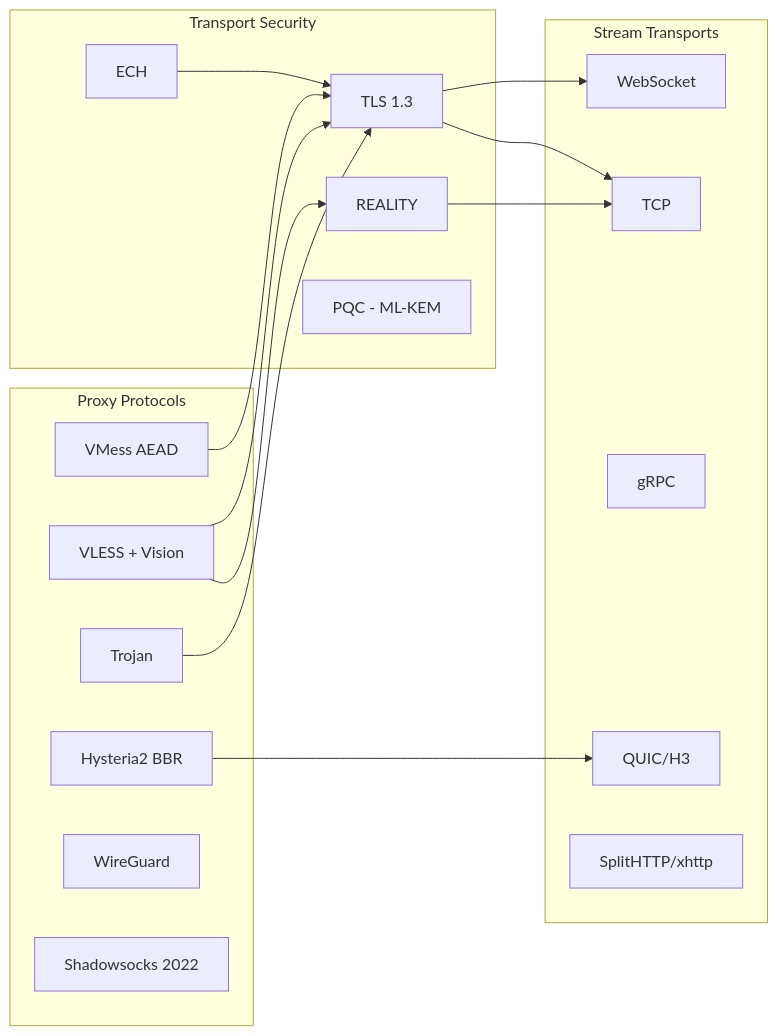
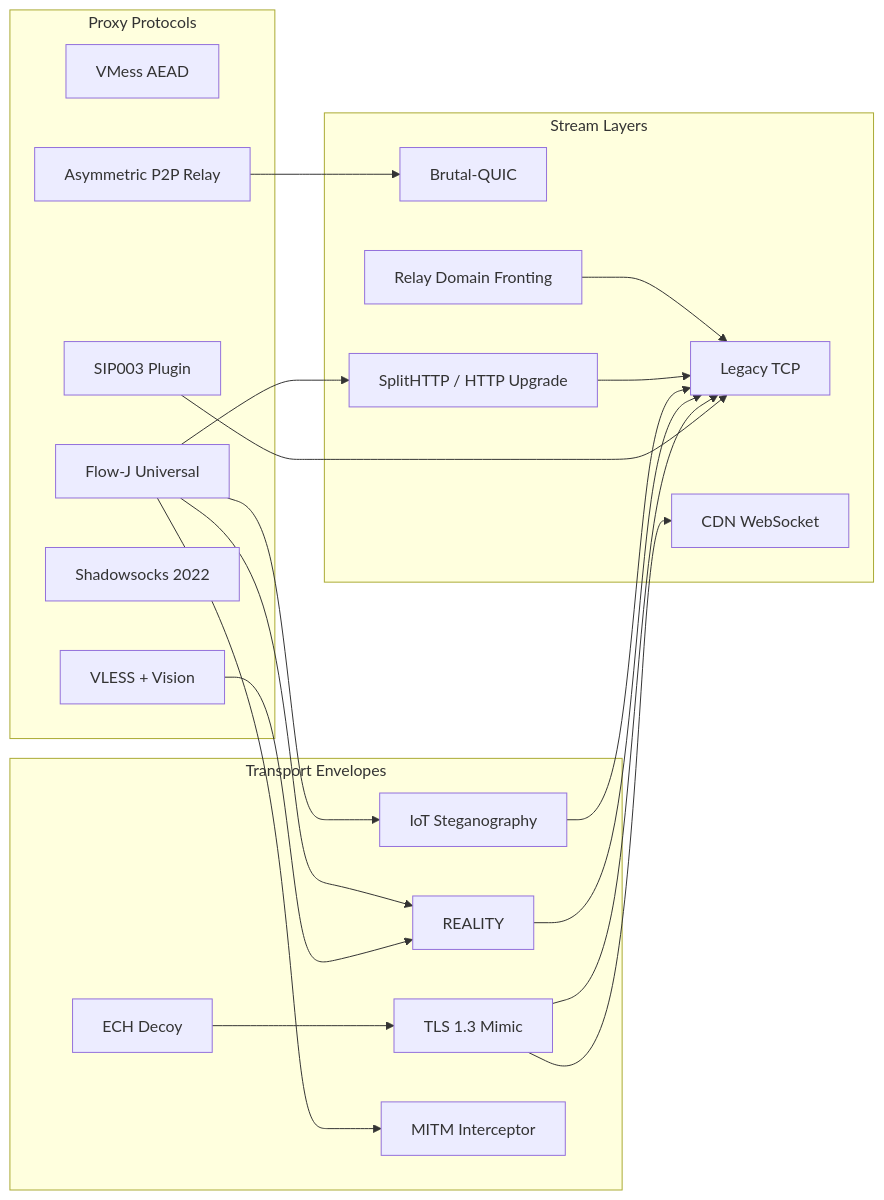
Before and after one commit to j-rad/edgeray: the second of 2 diagrams in ARCHITECTURE.md, drawn with Mermaid. The commit also changed other lines of this file and 52 other files, not shown here.

````diff
--- a/ARCHITECTURE.md
+++ b/ARCHITECTURE.md
@@ -63,37 +86,43 @@
 ```mermaid
 graph LR
     subgraph "Proxy Protocols"
         VMESS[VMess AEAD]
         VLESS[VLESS + Vision]
-        TROJAN[Trojan]
-        HY2[Hysteria2 BBR]
-        WG[WireGuard]
+        FLOWJ[Flow-J Universal]
+        SIP003[SIP003 Plugin]
         SS[Shadowsocks 2022]
+        P2P[Asymmetric P2P Relay]
     end
-    
-    subgraph "Transport Security"
-        TLS[TLS 1.3]
+
+    subgraph "Transport Envelopes"
+        TLS[TLS 1.3 Mimic]
         REALITY[REALITY]
-        ECH[ECH]
-        PQC[PQC - ML-KEM]
+        ECH[ECH Decoy]
+        MQTT[IoT Steganography]
+        MITM[MITM Interceptor]
     end
-    
-    subgraph "Stream Transports"
-        TCP[TCP]
-        WS[WebSocket]
-        GRPC[gRPC]
-        QUIC[QUIC/H3]
-        XHTTP[SplitHTTP/xhttp]
+
+    subgraph "Stream Layers"
+        TCP[Legacy TCP]
+        WS[CDN WebSocket]
+        QUIC[Brutal-QUIC]
+        XHTTP[SplitHTTP / HTTP Upgrade]
+        RELAYFRONT[Relay Domain Fronting]
     end
-    
-    VMESS --> TLS
+
     VLESS --> REALITY
-    VLESS --> TLS
-    TROJAN --> TLS
-    HY2 --> QUIC
-    
+    FLOWJ --> REALITY
+    FLOWJ --> MQTT
+    FLOWJ --> XHTTP
+    FLOWJ --> MITM
+    P2P --> QUIC
+    SIP003 --> TCP
+
     TLS --> TCP
     TLS --> WS
     REALITY --> TCP
     ECH --> TLS
+    MQTT --> TCP
+    XHTTP --> TCP
+    RELAYFRONT --> TCP
 ```
````
